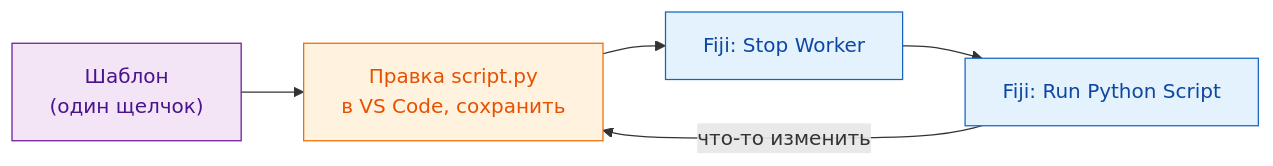
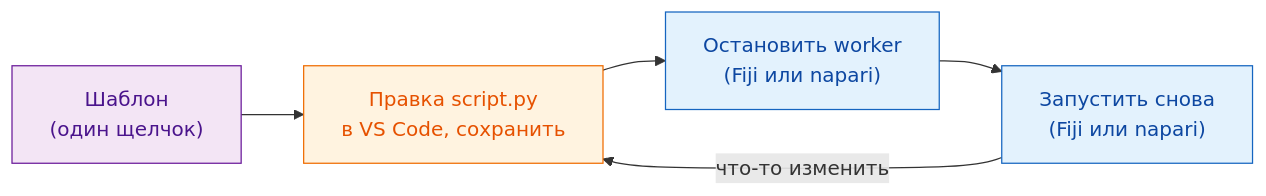
The diagram in guide/write/get-the-template.ru.md (Oxford-Zeiss-Centre-of-Excellence/Wavu), drawn with Mermaid before and after one commit. The commit also changed other lines of this file and 70 other files, not shown here.

First line of the commit message:
docs(site): Oxford blue theme with partner logos; napari throughout "Write a script"; FAIR marketplace

````diff
--- a/guide/write/get-the-template.ru.md
+++ b/guide/write/get-the-template.ru.md
@@ -15,13 +17,13 @@
 ```mermaid
 flowchart LR
     T["Шаблон<br/>(один щелчок)"]:::env
     V["Правка script.py<br/>в VS Code, сохранить"]:::script
-    S["Fiji: Stop Worker"]:::fiji
-    R["Fiji: Run Python Script"]:::fiji
+    S["Остановить worker<br/>(Fiji или napari)"]:::fiji
+    R["Запустить снова<br/>(Fiji или napari)"]:::fiji
     T --> V --> S --> R
     R -- "что-то изменить" --> V
 
     classDef fiji   fill:#e3f2fd,stroke:#1565c0,color:#0d47a1
     classDef script fill:#fff3e0,stroke:#ef6c00,color:#e65100
     classDef env    fill:#f3e5f5,stroke:#6a1b9a,color:#4a148c
 ```
````
